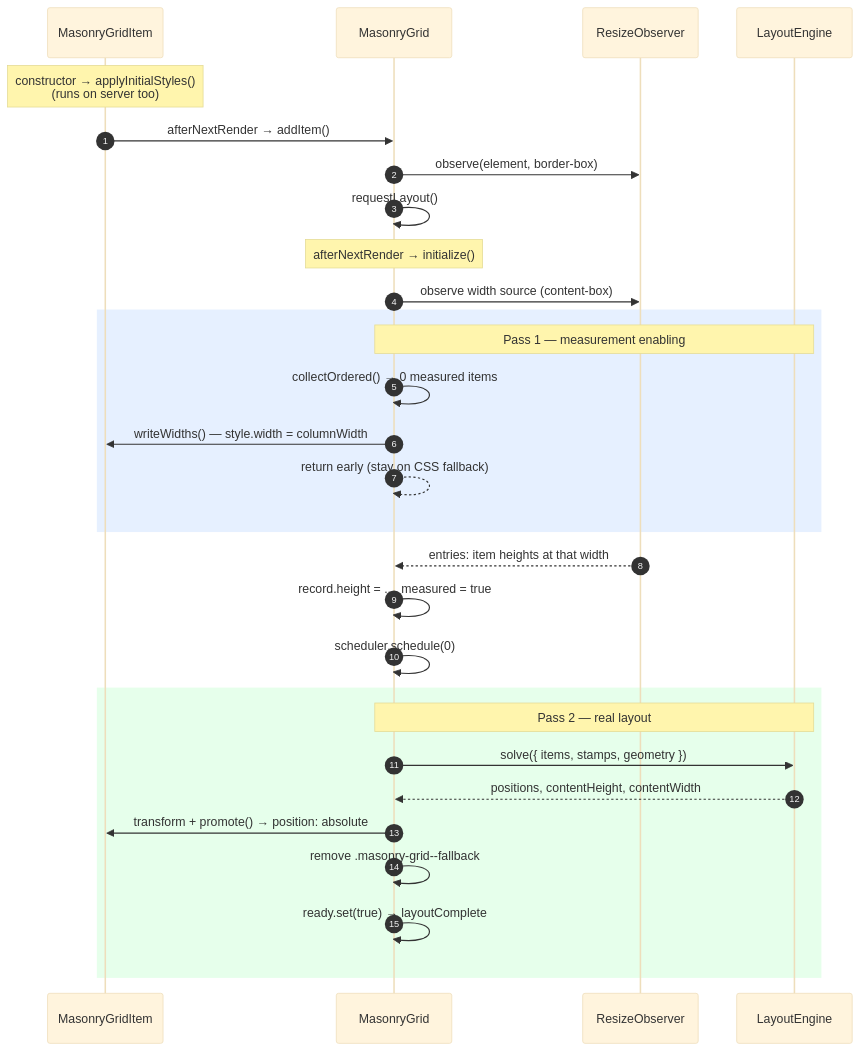
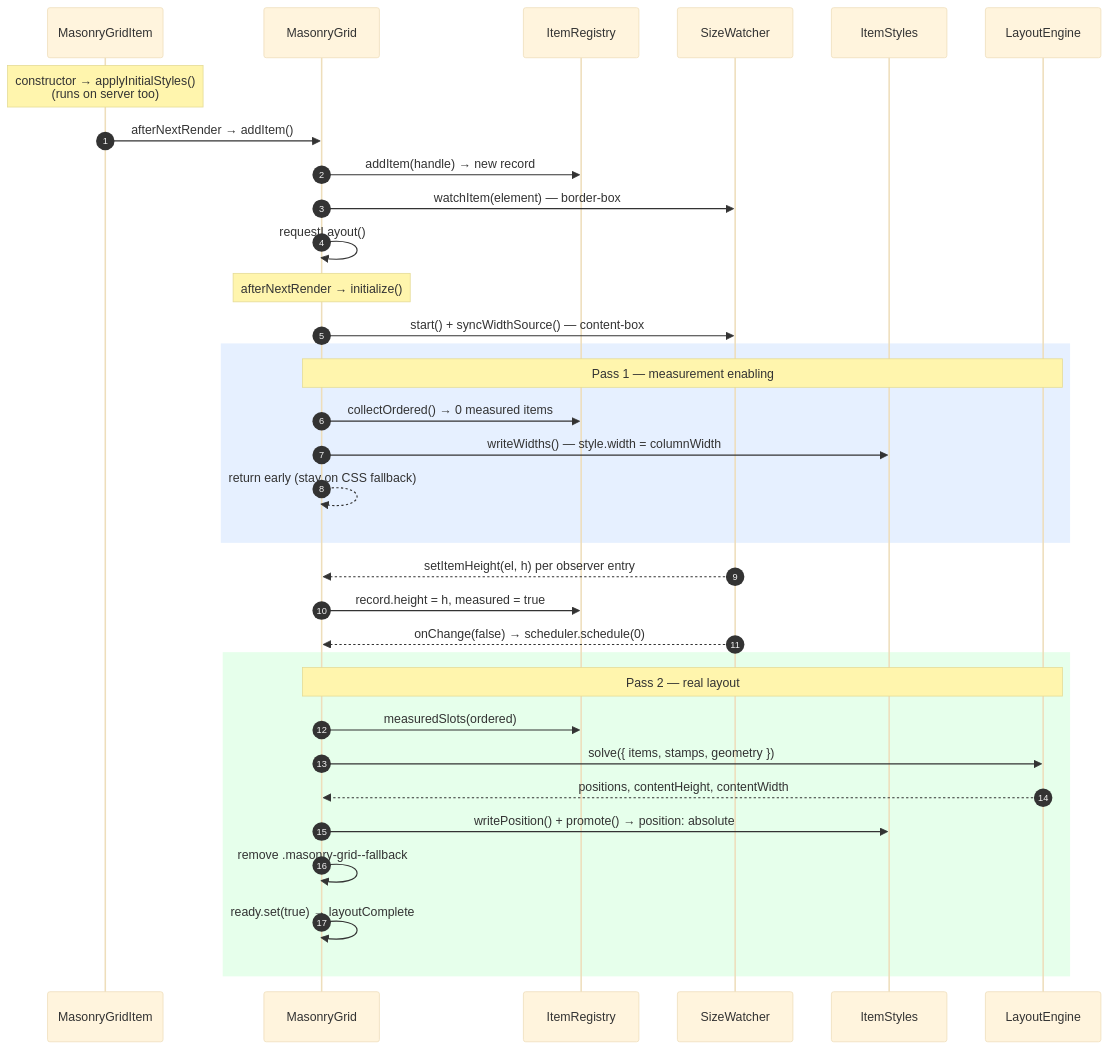
Before and after one commit to MeAkib/masonry-angular: the fifth of 13 diagrams in ARCHITECTURE.md, drawn with Mermaid (base theme). The commit also changed other lines of this file and 22 other files, not shown here.

First line of the commit message:
feat: add native grid support and size watcher for improved layout performance

````diff
--- a/ARCHITECTURE.md
+++ b/ARCHITECTURE.md
@@ -317,36 +403,40 @@
 ```mermaid
 sequenceDiagram
     autonumber
     participant Item as MasonryGridItem
     participant Grid as MasonryGrid
-    participant RO as ResizeObserver
+    participant Reg as ItemRegistry
+    participant SW as SizeWatcher
+    participant Sty as ItemStyles
     participant Eng as LayoutEngine
 
     Note over Item: constructor → applyInitialStyles()<br/>(runs on server too)
     Item->>Grid: afterNextRender → addItem()
-    Grid->>RO: observe(element, border-box)
+    Grid->>Reg: addItem(handle) → new record
+    Grid->>SW: watchItem(element) — border-box
     Grid->>Grid: requestLayout()
 
     Note over Grid: afterNextRender → initialize()
-    Grid->>RO: observe width source (content-box)
+    Grid->>SW: start() + syncWidthSource() — content-box
 
     rect rgb(230, 240, 255)
     Note over Grid,Eng: Pass 1 — measurement enabling
-    Grid->>Grid: collectOrdered() → 0 measured items
-    Grid->>Item: writeWidths() — style.width = columnWidth
+    Grid->>Reg: collectOrdered() → 0 measured items
+    Grid->>Sty: writeWidths() — style.width = columnWidth
     Grid-->>Grid: return early (stay on CSS fallback)
     end
 
-    RO-->>Grid: entries: item heights at that width
-    Grid->>Grid: record.height = ..., measured = true
-    Grid->>Grid: scheduler.schedule(0)
+    SW-->>Grid: setItemHeight(el, h) per observer entry
+    Grid->>Reg: record.height = h, measured = true
+    SW-->>Grid: onChange(false) → scheduler.schedule(0)
 
     rect rgb(230, 255, 235)
     Note over Grid,Eng: Pass 2 — real layout
+    Grid->>Reg: measuredSlots(ordered)
     Grid->>Eng: solve({ items, stamps, geometry })
     Eng-->>Grid: positions, contentHeight, contentWidth
-    Grid->>Item: transform + promote() → position: absolute
+    Grid->>Sty: writePosition() + promote() → position: absolute
     Grid->>Grid: remove .masonry-grid--fallback
     Grid->>Grid: ready.set(true) → layoutComplete
     end
 ```
````
